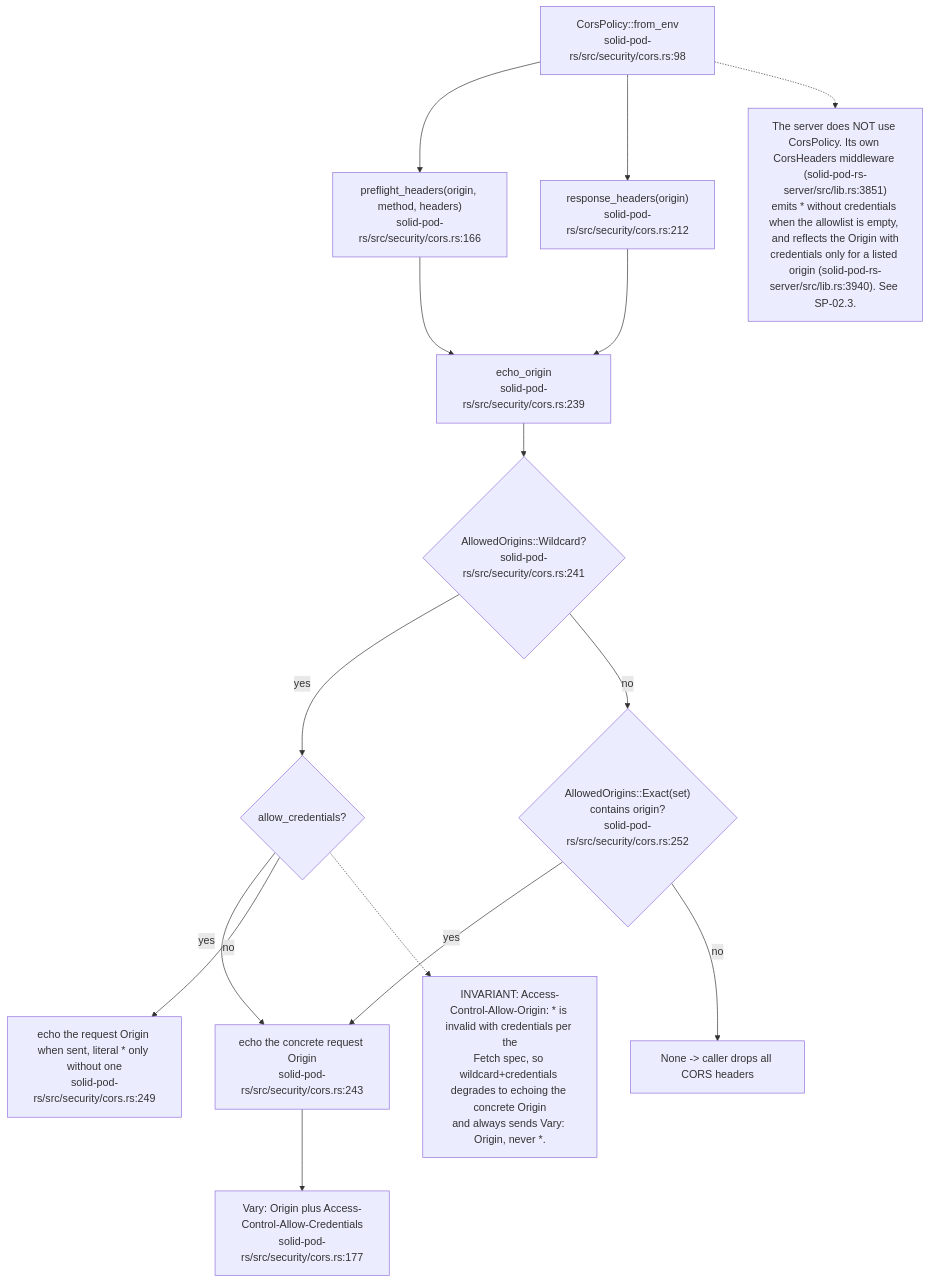
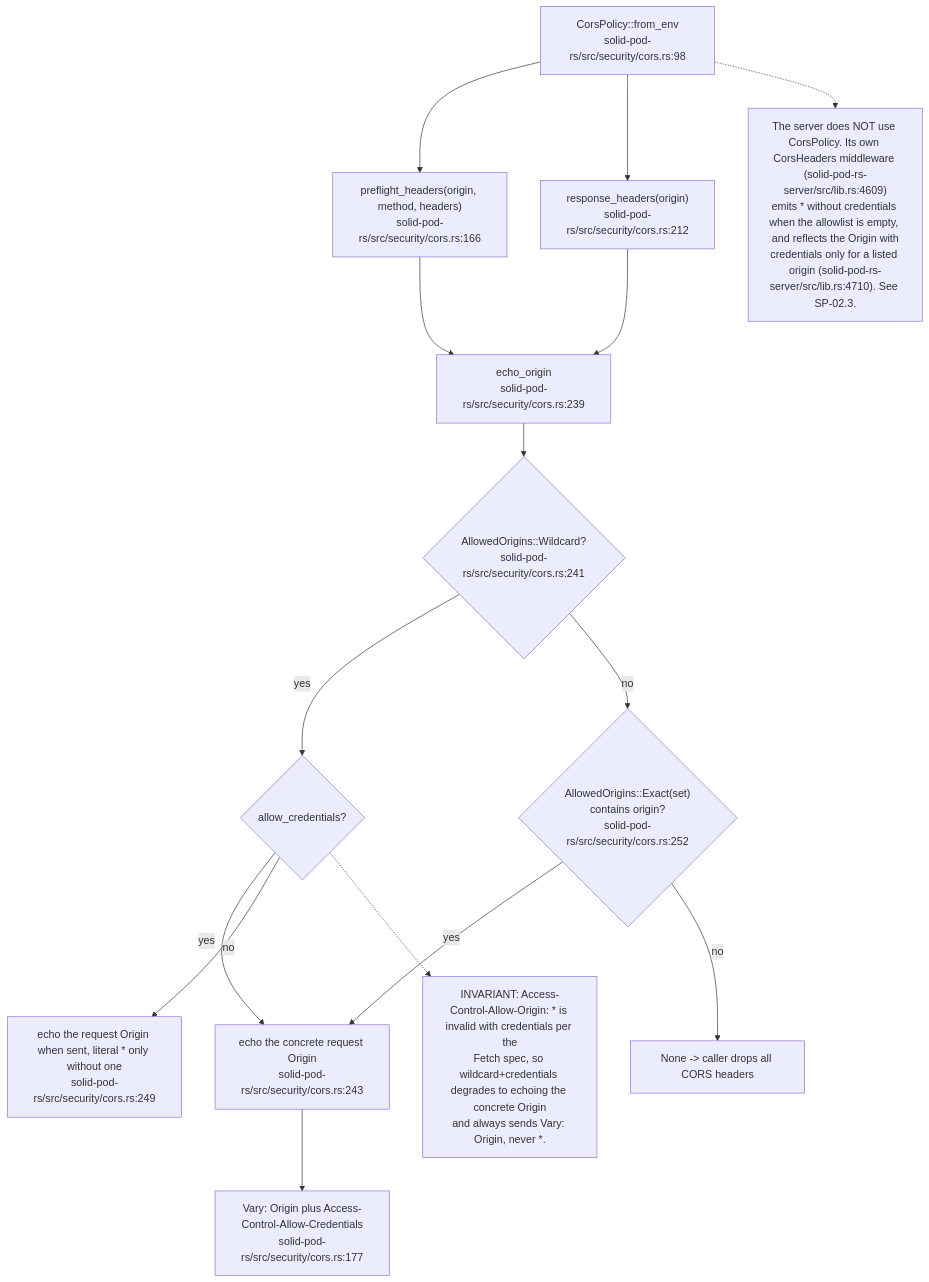
Before and after one commit to DreamLab-AI/VisionFlow: the tenth of 12 diagrams in docs/diagrams/solid-pod-rs/06-storage-quota-and-git-pods.md, drawn with Mermaid. The commit also changed other lines of this file and 1 other file, not shown here.

First line of the commit message:
docs(diagrams): SP-02, SP-06 re-verified at solid-pod-rs a28a748

````diff
--- a/docs/diagrams/solid-pod-rs/06-storage-quota-and-git-pods.md
+++ b/docs/diagrams/solid-pod-rs/06-storage-quota-and-git-pods.md
@@ -273,31 +318,31 @@
 ```mermaid
 flowchart TD
     ENV["CorsPolicy::from_env<br/>solid-pod-rs/src/security/cors.rs:98"]
     PF["preflight_headers(origin, method, headers)<br/>solid-pod-rs/src/security/cors.rs:166"]
     RF["response_headers(origin)<br/>solid-pod-rs/src/security/cors.rs:212"]
     EO["echo_origin<br/>solid-pod-rs/src/security/cors.rs:239"]
     WC{"AllowedOrigins::Wildcard?<br/>solid-pod-rs/src/security/cors.rs:241"}
     CRED{"allow_credentials?"}
     ECHO["echo the concrete request Origin<br/>solid-pod-rs/src/security/cors.rs:243"]
     STAR["echo the request Origin when sent, literal * only without one<br/>solid-pod-rs/src/security/cors.rs:249"]
     EX{"AllowedOrigins::Exact(set)<br/>contains origin?<br/>solid-pod-rs/src/security/cors.rs:252"}
     NONE["None -> caller drops all CORS headers"]
     VARY["Vary: Origin plus Access-Control-Allow-Credentials<br/>solid-pod-rs/src/security/cors.rs:177"]
 
     ENV --> PF
     ENV --> RF
     PF --> EO
     RF --> EO
     EO --> WC
     WC -- yes --> CRED
     CRED -- yes --> ECHO --> VARY
     CRED -- no --> STAR
     WC -- no --> EX
     EX -- yes --> ECHO
     EX -- no --> NONE
 
     N["INVARIANT: Access-Control-Allow-Origin: * is invalid with credentials per the<br/>Fetch spec, so wildcard+credentials degrades to echoing the concrete Origin<br/>and always sends Vary: Origin, never *."]
     CRED -.-> N
-    N2["The server does NOT use CorsPolicy. Its own CorsHeaders middleware (solid-pod-rs-server/src/lib.rs:3851)<br/>emits * without credentials when the allowlist is empty, and reflects the Origin with<br/>credentials only for a listed origin (solid-pod-rs-server/src/lib.rs:3940). See SP-02.3."]
+    N2["The server does NOT use CorsPolicy. Its own CorsHeaders middleware (solid-pod-rs-server/src/lib.rs:4609)<br/>emits * without credentials when the allowlist is empty, and reflects the Origin with<br/>credentials only for a listed origin (solid-pod-rs-server/src/lib.rs:4710). See SP-02.3."]
     ENV -.-> N2
 ```
````
